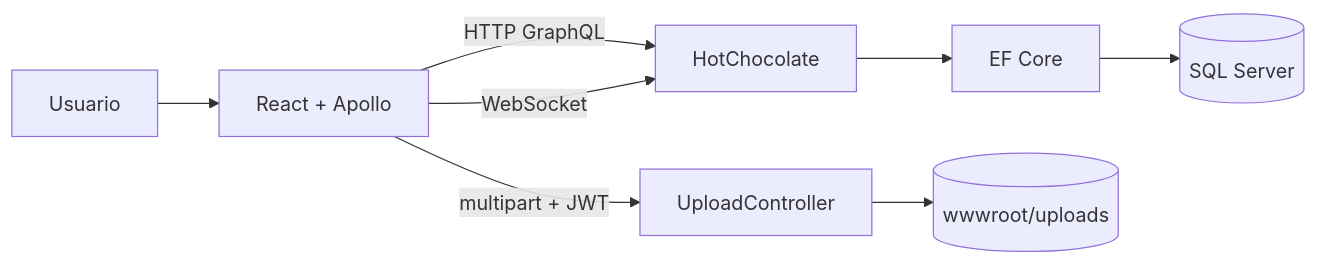
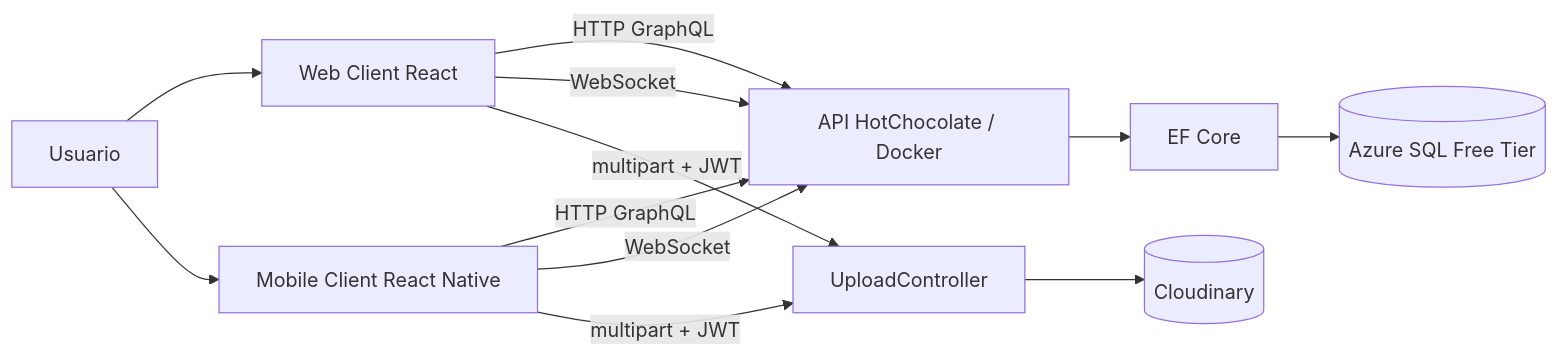
Before and after one commit to fagdiaz/OneITB: the first of 4 diagrams in docs/academic/04-design-diagrams.md, drawn with Mermaid. The commit also changed 4 other files, not shown here.

First line of the commit message:
docs: integrate cloud, docker, and mobile ecosystem strategy

````diff
--- a/docs/academic/04-design-diagrams.md
+++ b/docs/academic/04-design-diagrams.md
@@ -7,10 +7,14 @@
 ```mermaid
 flowchart LR
-    User[Usuario] --> React[React + Apollo]
-    React -->|HTTP GraphQL| API[HotChocolate]
+    User[Usuario] --> React[Web Client React]
+    User --> Mobile[Mobile Client React Native]
+    React -->|HTTP GraphQL| API[API HotChocolate / Docker]
+    Mobile -->|HTTP GraphQL| API
     React -->|WebSocket| API
+    Mobile -->|WebSocket| API
     React -->|multipart + JWT| Upload[UploadController]
+    Mobile -->|multipart + JWT| Upload
     API --> EF[EF Core]
-    EF --> SQL[(SQL Server)]
-    Upload --> Files[(wwwroot/uploads)]
+    EF --> SQL[(Azure SQL Free Tier)]
+    Upload --> Files[(Cloudinary)]
 ```
````
